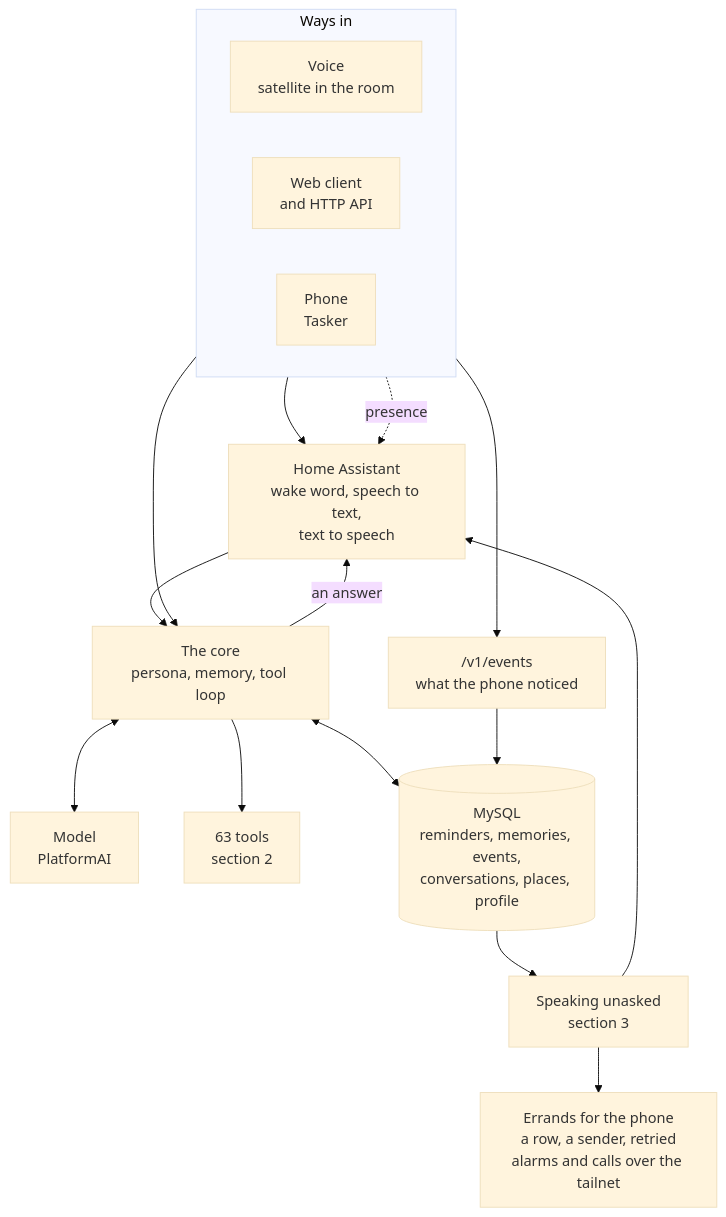
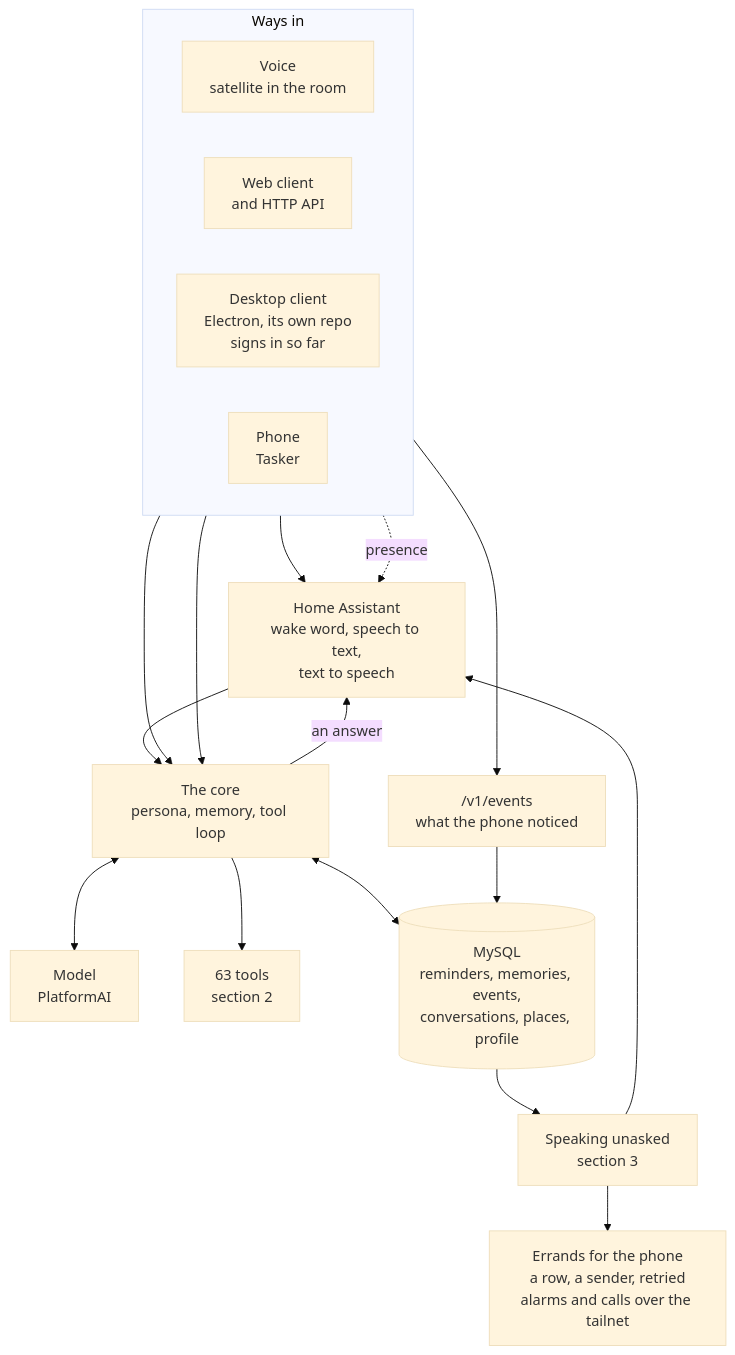
Before and after one commit to DhanushRamesh/personal-assistant: the first of 5 diagrams in FEATURES.md, drawn with Mermaid (base theme). The commit also changed 6 other files, not shown here.

````diff
--- a/FEATURES.md
+++ b/FEATURES.md
@@ -19,36 +19,38 @@
 ```mermaid
 flowchart TB
     subgraph IN["Ways in"]
         direction LR
         SAT["Voice<br/>satellite in the room"]
         WEB["Web client<br/>and HTTP API"]
+        DESK["Desktop client<br/>Electron, its own repo<br/>signs in so far"]
         PHONE["Phone<br/>Tasker"]
     end
 
     HA["Home Assistant<br/>wake word, speech to text,<br/>text to speech"]
     EVENTS["/v1/events<br/>what the phone noticed"]
 
     SAT --> HA
     PHONE --> EVENTS
     PHONE -. "presence" .-> HA
     HA --> CORE
     WEB --> CORE
+    DESK --> CORE
 
     CORE["The core<br/>persona, memory, tool loop"]
     MODEL["Model<br/>PlatformAI"]
     TOOLS["63 tools<br/>section 2"]
     DB[("MySQL<br/>reminders, memories, events,<br/>conversations, places, profile")]
 
     CORE <--> MODEL
     CORE --> TOOLS
     CORE <--> DB
     EVENTS --> DB
     CORE -- "an answer" --> HA
 
     UNASKED["Speaking unasked<br/>section 3"]
     ALARMS["Errands for the phone<br/>a row, a sender, retried<br/>alarms and calls over the tailnet"]
 
     DB --> UNASKED
     UNASKED --> HA
     UNASKED --> ALARMS
 ```
````
